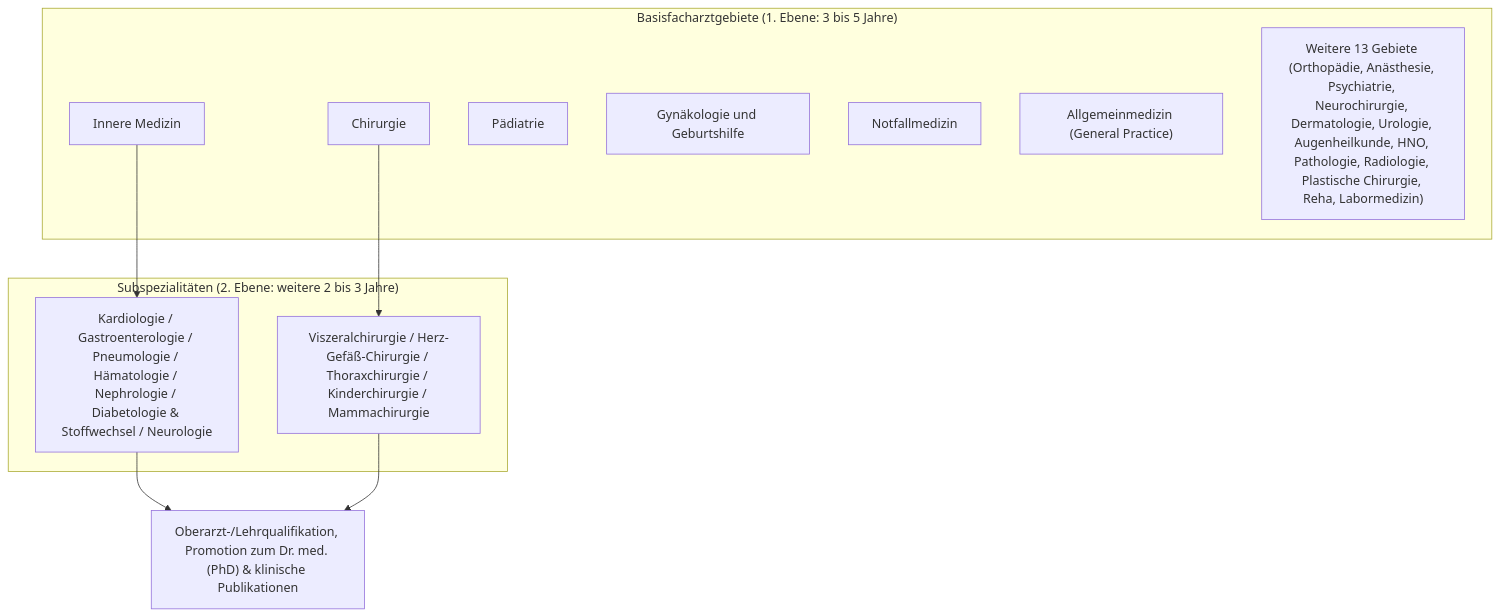
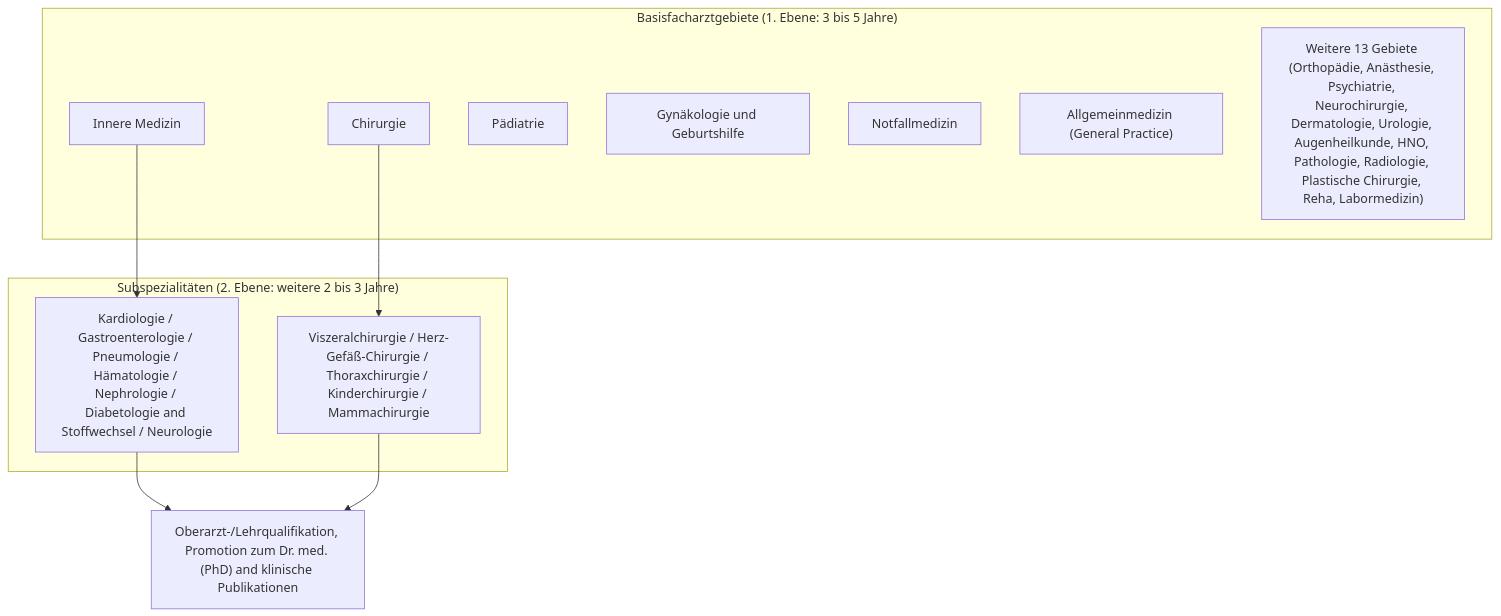
The fifth of 7 diagrams in content/post/medical-doctor-education-qualifications-specialties/index.de.md (kenjinote/blog), drawn with Mermaid before and after one commit. The commit also changed other lines of this file and 12 other files, not shown here.

Commit message:
fix(medical-doctor): resolve mermaid syntax error in subgraph and fix unrendered bold asterisks

````diff
--- a/content/post/medical-doctor-education-qualifications-specialties/index.de.md
+++ b/content/post/medical-doctor-education-qualifications-specialties/index.de.md
@@ -224,18 +224,18 @@
 ```mermaid
 flowchart TD
-    subgraph Basisausbildung ["Basisfacharztgebiete (1. Ebene: 3 bis 5 Jahre)"]
+    subgraph BaseSpecialties ["Basisfacharztgebiete (1. Ebene: 3 bis 5 Jahre)"]
         B1["Innere Medizin"]
         B2["Chirurgie"]
         B3["Pädiatrie"]
         B4["Gynäkologie und Geburtshilfe"]
         B5["Notfallmedizin"]
         B6["Allgemeinmedizin (General Practice)"]
         B7["Weitere 13 Gebiete (Orthopädie, Anästhesie, Psychiatrie, Neurochirurgie, Dermatologie, Urologie, Augenheilkunde, HNO, Pathologie, Radiologie, Plastische Chirurgie, Reha, Labormedizin)"]
     end
-    subgraph Subspezialitaeten ["Subspezialitäten (2. Ebene: weitere 2 bis 3 Jahre)"]
-        B1 --> S1["Kardiologie / Gastroenterologie / Pneumologie / Hämatologie / Nephrologie / Diabetologie & Stoffwechsel / Neurologie"]
+    subgraph SubSpecialties ["Subspezialitäten (2. Ebene: weitere 2 bis 3 Jahre)"]
+        B1 --> S1["Kardiologie / Gastroenterologie / Pneumologie / Hämatologie / Nephrologie / Diabetologie and Stoffwechsel / Neurologie"]
         B2 --> S2["Viszeralchirurgie / Herz-Gefäß-Chirurgie / Thoraxchirurgie / Kinderchirurgie / Mammachirurgie"]
     end
-    S1 --> PHD["Oberarzt-/Lehrqualifikation, Promotion zum Dr. med. (PhD) & klinische Publikationen"]
+    S1 --> PHD["Oberarzt-/Lehrqualifikation, Promotion zum Dr. med. (PhD) and klinische Publikationen"]
     S2 --> PHD
 ```
````
